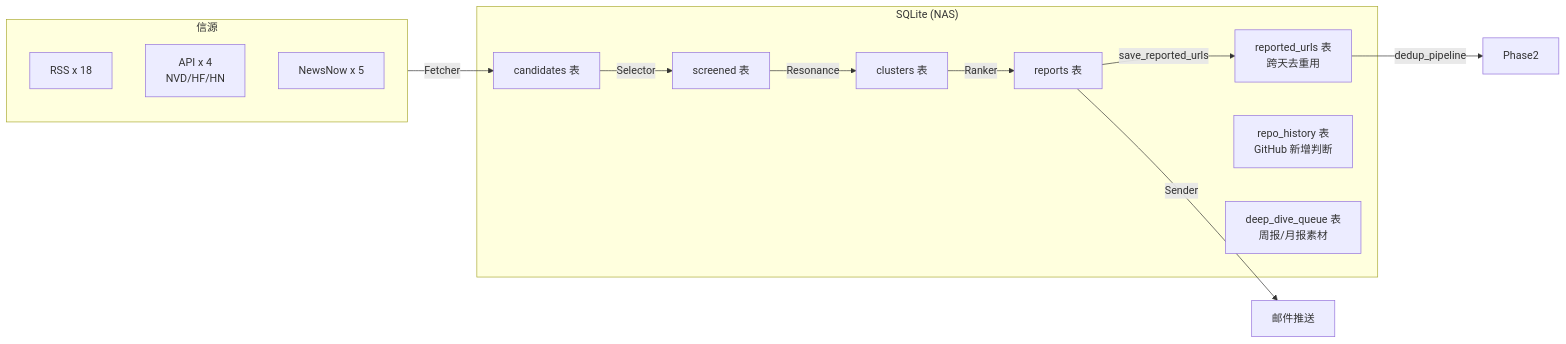
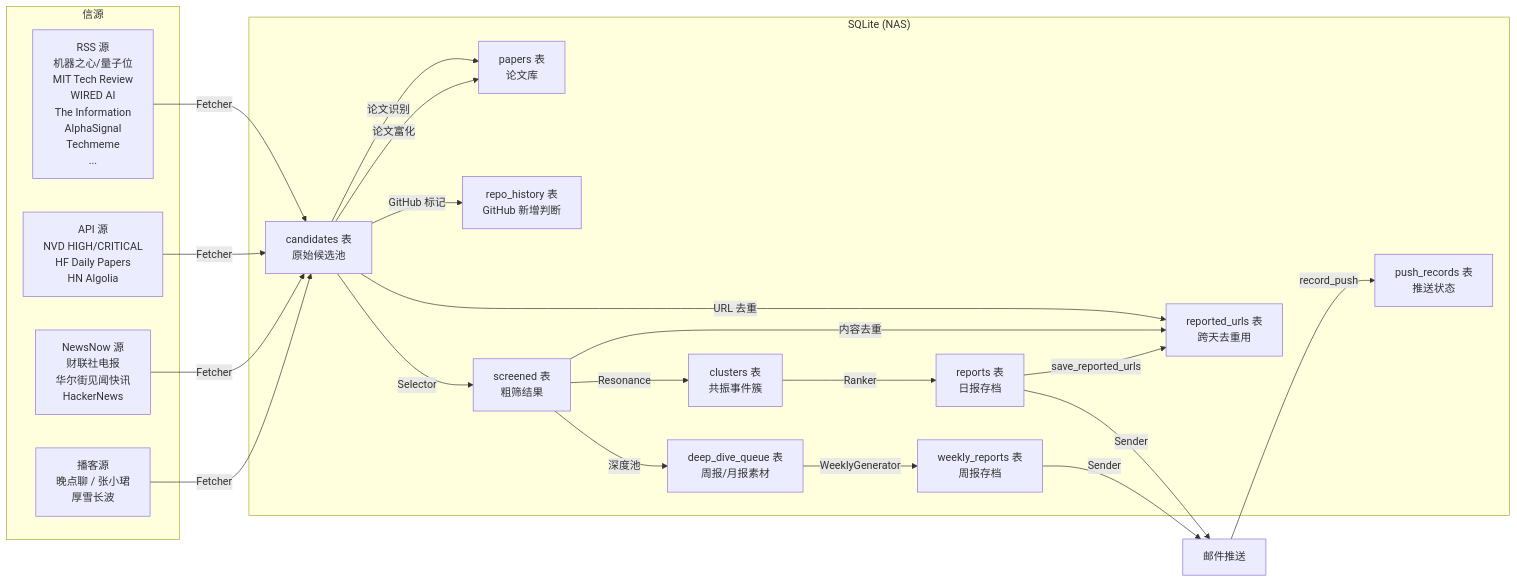
The third of 3 diagrams in FLOW.md (cccz1117/audit-radar), drawn with Mermaid before and after one commit. The commit also changed other lines of this file and 1 other file, not shown here.

Commit message:
sender logistics changed

````diff
--- a/FLOW.md
+++ b/FLOW.md
@@ -51,26 +106,44 @@
 ```mermaid
+---
+id: a3f12740-d82d-4450-a77b-6dcb354b248c
+---
 flowchart LR
     subgraph Sources["信源"]
-        RSS[RSS x 18]
-        API[API x 4<br/>NVD/HF/HN]
-        NewsNow[NewsNow x 5]
+        RSS[RSS 源<br/>机器之心/量子位<br/>MIT Tech Review<br/>WIRED AI<br/>The Information<br/>AlphaSignal<br/>Techmeme<br/>...]
+        API[API 源<br/>NVD HIGH/CRITICAL<br/>HF Daily Papers<br/>HN Algolia]
+        NewsNow[NewsNow 源<br/>财联社电报<br/>华尔街见闻快讯<br/>HackerNews]
+        Podcast[播客源<br/>晚点聊 / 张小珺<br/>厚雪长波]
     end
 
     subgraph Storage["SQLite (NAS)"]
-        Candidates[candidates 表]
-        Screened[screened 表]
-        Clusters[clusters 表]
-        Reports[reports 表]
+        Candidates[candidates 表<br/>原始候选池]
+        Papers[papers 表<br/>论文库]
+        RepoHistory[repo_history 表<br/>GitHub 新增判断]
         ReportedUrls[reported_urls 表<br/>跨天去重用]
-        RepoHistory[repo_history 表<br/>GitHub 新增判断]
+        Screened[screened 表<br/>粗筛结果]
         DeepDive[deep_dive_queue 表<br/>周报/月报素材]
+        Clusters[clusters 表<br/>共振事件簇]
+        Reports[reports 表<br/>日报存档]
+        WeeklyReports[weekly_reports 表<br/>周报存档]
+        PushRecords[push_records 表<br/>推送状态]
     end
 
-    Sources -->|Fetcher| Candidates
+    RSS -->|Fetcher| Candidates
+    API -->|Fetcher| Candidates
+    NewsNow -->|Fetcher| Candidates
+    Podcast -->|Fetcher| Candidates
+    Candidates -->|论文识别| Papers
+    Candidates -->|URL 去重| ReportedUrls
+    Candidates -->|GitHub 标记| RepoHistory
+    Candidates -->|论文富化| Papers
     Candidates -->|Selector| Screened
+    Screened -->|深度池| DeepDive
+    Screened -->|内容去重| ReportedUrls
     Screened -->|Resonance| Clusters
     Clusters -->|Ranker| Reports
+    DeepDive -->|WeeklyGenerator| WeeklyReports
     Reports -->|Sender| Email[邮件推送]
+    WeeklyReports -->|Sender| Email
     Reports -->|save_reported_urls| ReportedUrls
-    ReportedUrls -->|dedup_pipeline| Phase2
+    Email -->|record_push| PushRecords
 ```
````
